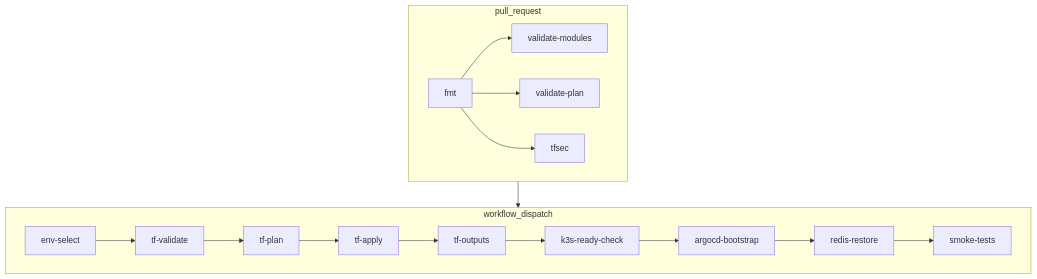
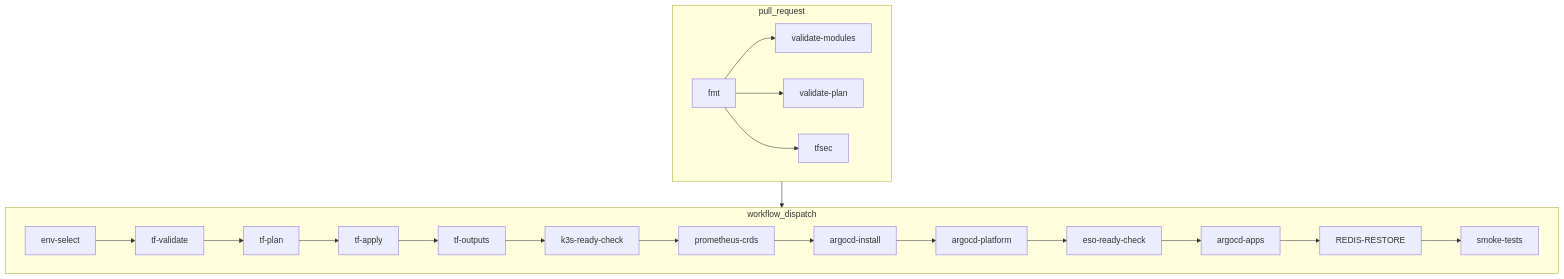
The diagram in docs/runbooks/ci-cd/ci-infra.md (ClementV78/CloudRadar), drawn with Mermaid before and after one commit. The commit also changed other lines of this file and 2 other files, not shown here.

First line of the commit message:
ci(infra): make REDIS-RESTORE flow explicit

````diff
--- a/docs/runbooks/ci-cd/ci-infra.md
+++ b/docs/runbooks/ci-cd/ci-infra.md
@@ -65,29 +73,33 @@
 ```mermaid
 flowchart TB
   subgraph PR["pull_request"]
     fmt[fmt]
     validate-modules[validate-modules]
     validate-plan[validate-plan]
     tfsec[tfsec]
     fmt --> validate-modules
     fmt --> validate-plan
     fmt --> tfsec
   end
 
   subgraph Dispatch["workflow_dispatch"]
     env-select[env-select]
     tf-validate[tf-validate]
     tf-plan[tf-plan]
     tf-apply[tf-apply]
     tf-outputs[tf-outputs]
     k3s-ready-check[k3s-ready-check]
-    argocd-bootstrap[argocd-bootstrap]
-    redis-restore[redis-restore]
+    prometheus-crds[prometheus-crds]
+    argocd-install[argocd-install]
+    argocd-platform[argocd-platform]
+    eso-ready-check[eso-ready-check]
+    argocd-apps[argocd-apps]
+    redis-restore[REDIS-RESTORE]
     smoke-tests[smoke-tests]
 
     env-select --> tf-validate --> tf-plan --> tf-apply --> tf-outputs
-    tf-outputs --> k3s-ready-check --> argocd-bootstrap --> redis-restore --> smoke-tests
+    tf-outputs --> k3s-ready-check --> prometheus-crds --> argocd-install --> argocd-platform --> eso-ready-check --> argocd-apps --> redis-restore --> smoke-tests
   end
 
   PR --> Dispatch
 ```
````
